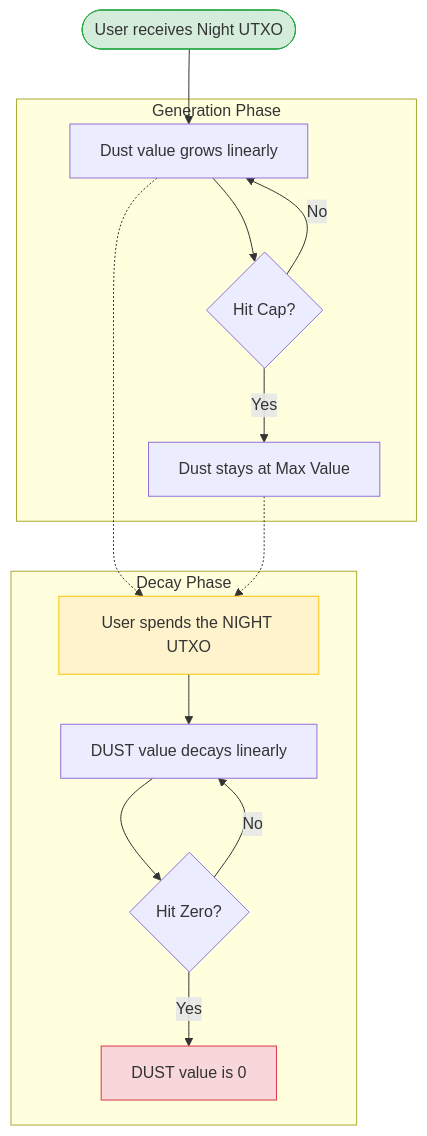
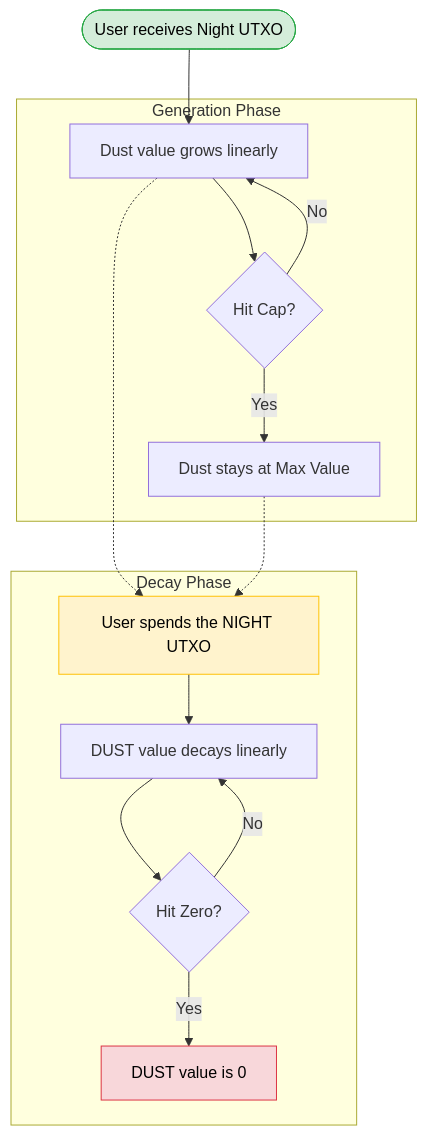
Before and after one commit to midnightntwrk/midnight-docs: the first of 3 diagrams in docs/concepts/dust-architecture.mdx, drawn with Mermaid. The commit also changed other lines of this file and 1 other file, not shown here.

Commit message:
fix: update mermaid diagrams to address accessibility issue

````diff
--- a/docs/concepts/dust-architecture.mdx
+++ b/docs/concepts/dust-architecture.mdx
@@ -56,24 +56,28 @@
 ```mermaid
 flowchart TD
     Start([User receives Night UTXO]) --> Generates
     
     subgraph Generation Phase
     Generates[Dust value grows linearly] --> Cap{Hit Cap?}
     Cap -- No --> Generates
     Cap -- Yes --> Maxed[Dust stays at Max Value]
     end
     
     Generates -.-> NightSpent
     Maxed -.-> NightSpent
     
     subgraph Decay Phase
     NightSpent[User spends the NIGHT UTXO] --> Decay[DUST value decays linearly]
     Decay --> Zero{Hit Zero?}
     Zero -- No --> Decay
     Zero -- Yes --> Empty[DUST value is 0]
     end
     
-    style Start fill:#d4edda,stroke:#28a745
-    style NightSpent fill:#fff3cd,stroke:#ffc107
-    style Empty fill:#f8d7da,stroke:#dc3545
+    classDef success fill:#d4edda,stroke:#28a745,color:#000
+    classDef warning fill:#fff3cd,stroke:#ffc107,color:#000
+    classDef danger fill:#f8d7da,stroke:#dc3545,color:#000
+
+    class Start success
+    class NightSpent warning
+    class Empty danger
 ```
````
